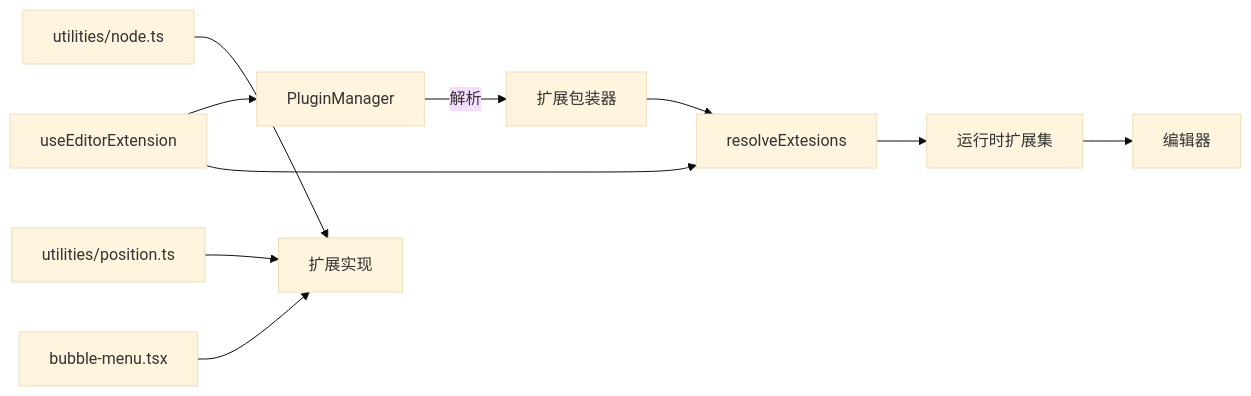
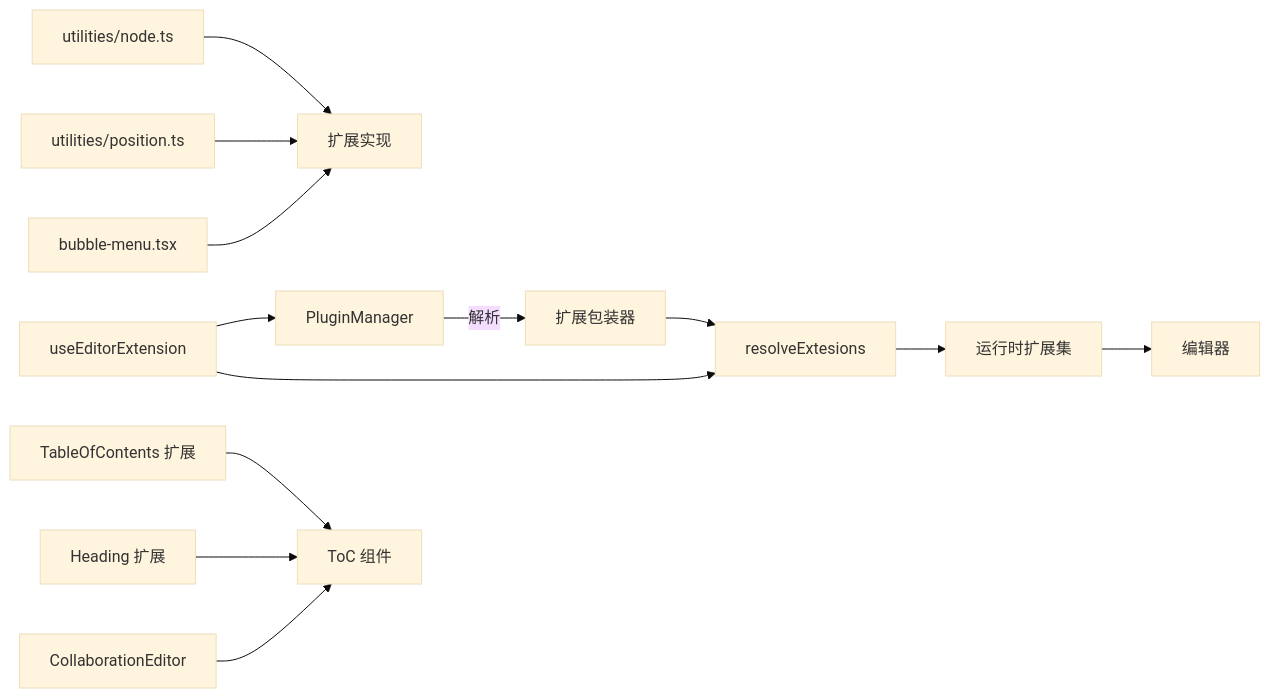
The eighth of 8 diagrams in .qoder/repowiki/zh/content/核心模块/编辑器核心内核/编辑器扩展系统.md (LRF0422/Kotion), drawn with Mermaid (base theme) before and after one commit. The commit also changed other lines of this file and 45 other files, not shown here.

````diff
--- a/.qoder/repowiki/zh/content/核心模块/编辑器核心内核/编辑器扩展系统.md
+++ b/.qoder/repowiki/zh/content/核心模块/编辑器核心内核/编辑器扩展系统.md
@@ -319,12 +375,15 @@
 ```mermaid
 graph LR
 PM["PluginManager"] --> |解析| EXTWRAP["扩展包装器"]
 EXTWRAP --> KIT["resolveExtesions"]
 KIT --> RUNTIME["运行时扩展集"]
 USEEXT["useEditorExtension"] --> PM
 USEEXT --> KIT
 RUNTIME --> EDITOR["编辑器"]
 UTL_NODE["utilities/node.ts"] --> EXTENSIONS["扩展实现"]
 UTL_POS["utilities/position.ts"] --> EXTENSIONS
 BMENU["bubble-menu.tsx"] --> EXTENSIONS
+TocExt["TableOfContents 扩展"] --> ToCComp["ToC 组件"]
+HeadingExt["Heading 扩展"] --> ToCComp
+Collab["CollaborationEditor"] --> ToCComp
 ```
````
